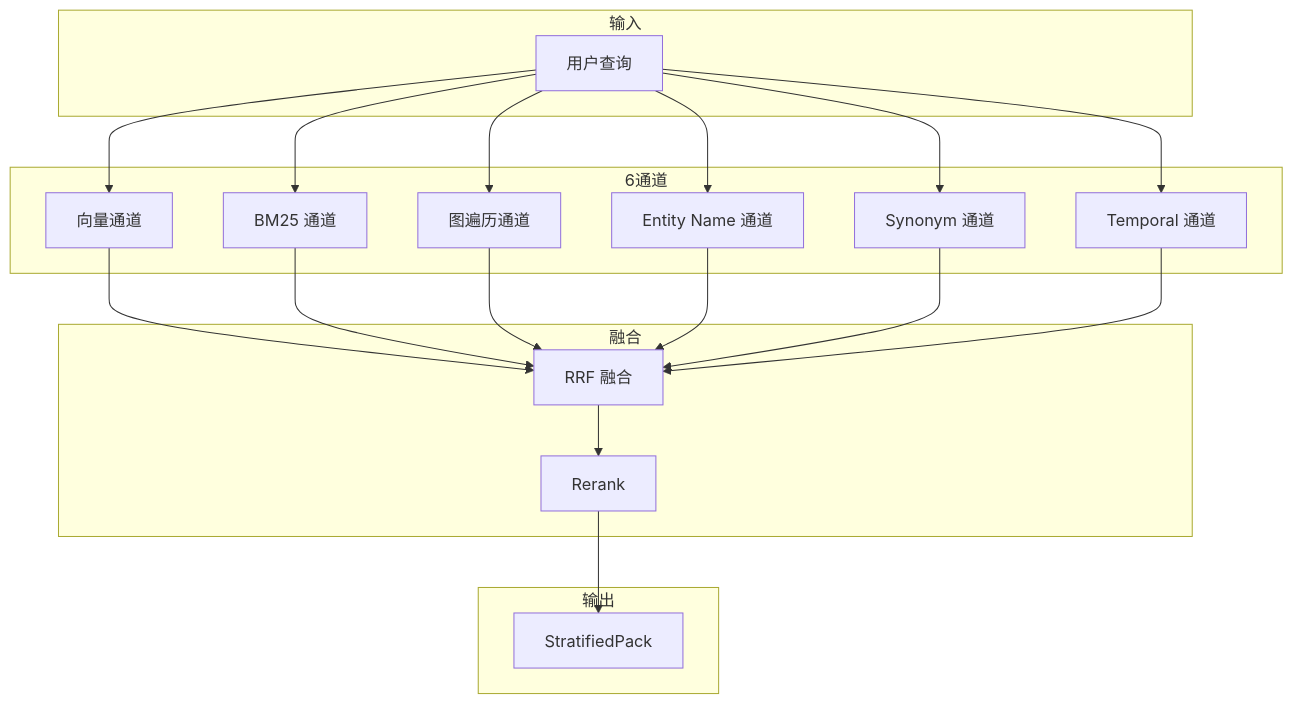
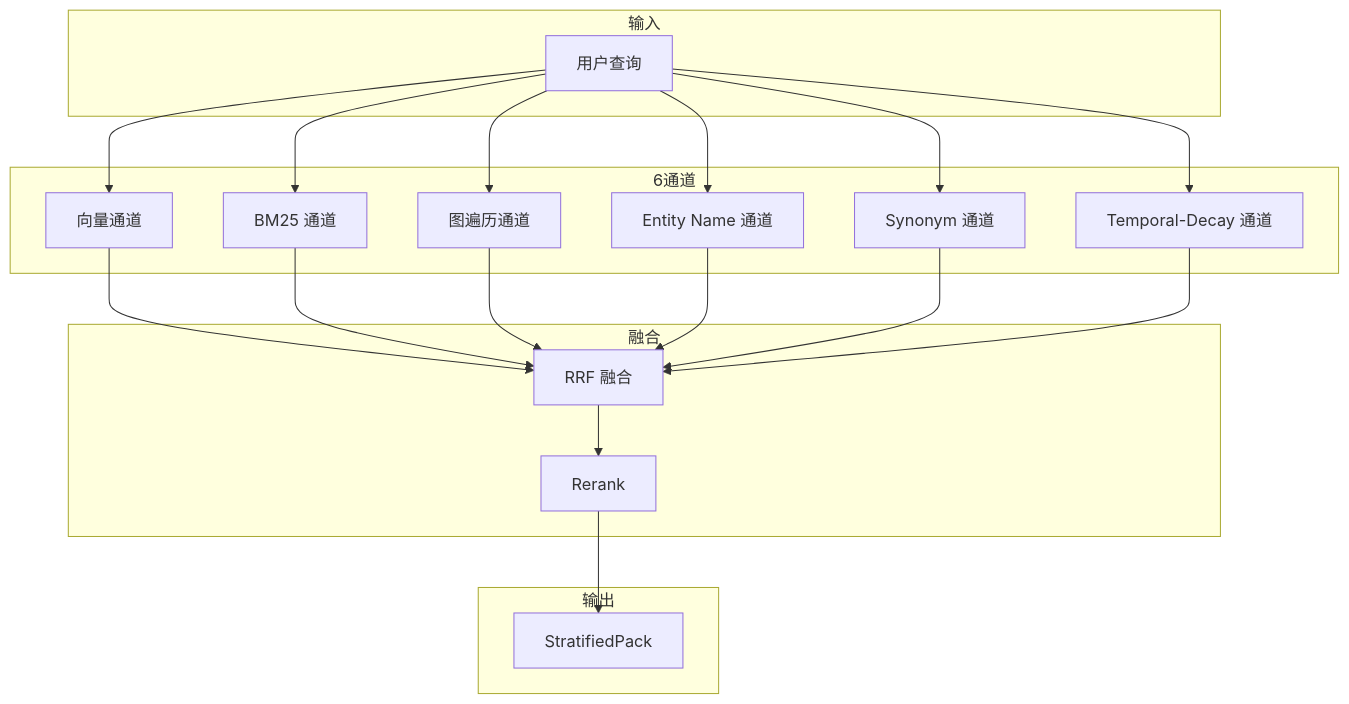
Before and after one commit to pty819/cortex-py-book: the first of 2 diagrams in source/chapters/06-retrieval-system.md, drawn with Mermaid. The commit also changed other lines of this file and 18 other files, not shown here.

First line of the commit message:
docs: refresh book with latest cortex-py architecture

````diff
--- a/source/chapters/06-retrieval-system.md
+++ b/source/chapters/06-retrieval-system.md
@@ -7,41 +7,41 @@
 ```{mermaid}
 graph TB
     subgraph 输入
         Q[用户查询]
     end
     
     subgraph 6通道
         V[向量通道]
         B[BM25 通道]
         G[图遍历通道]
         N[Entity Name 通道]
         S[Synonym 通道]
-        T[Temporal 通道]
+        T[Temporal-Decay 通道]
     end
     
     subgraph 融合
         RRF[RRF 融合]
         R[Rerank]
     end
     
     subgraph 输出
         P[StratifiedPack]
     end
     
     Q --> V
     Q --> B
     Q --> G
     Q --> N
     Q --> S
     Q --> T
     
     V --> RRF
     B --> RRF
     G --> RRF
     N --> RRF
     S --> RRF
     T --> RRF
     
     RRF --> R
     R --> P
 ```
````
